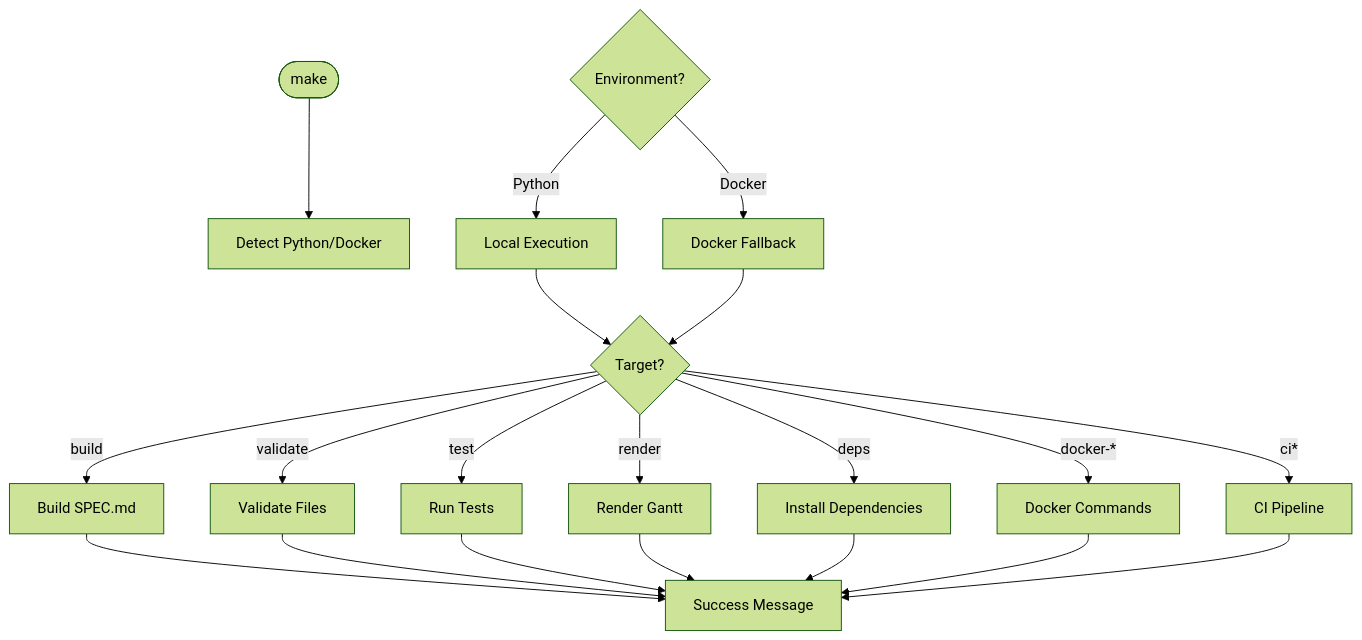
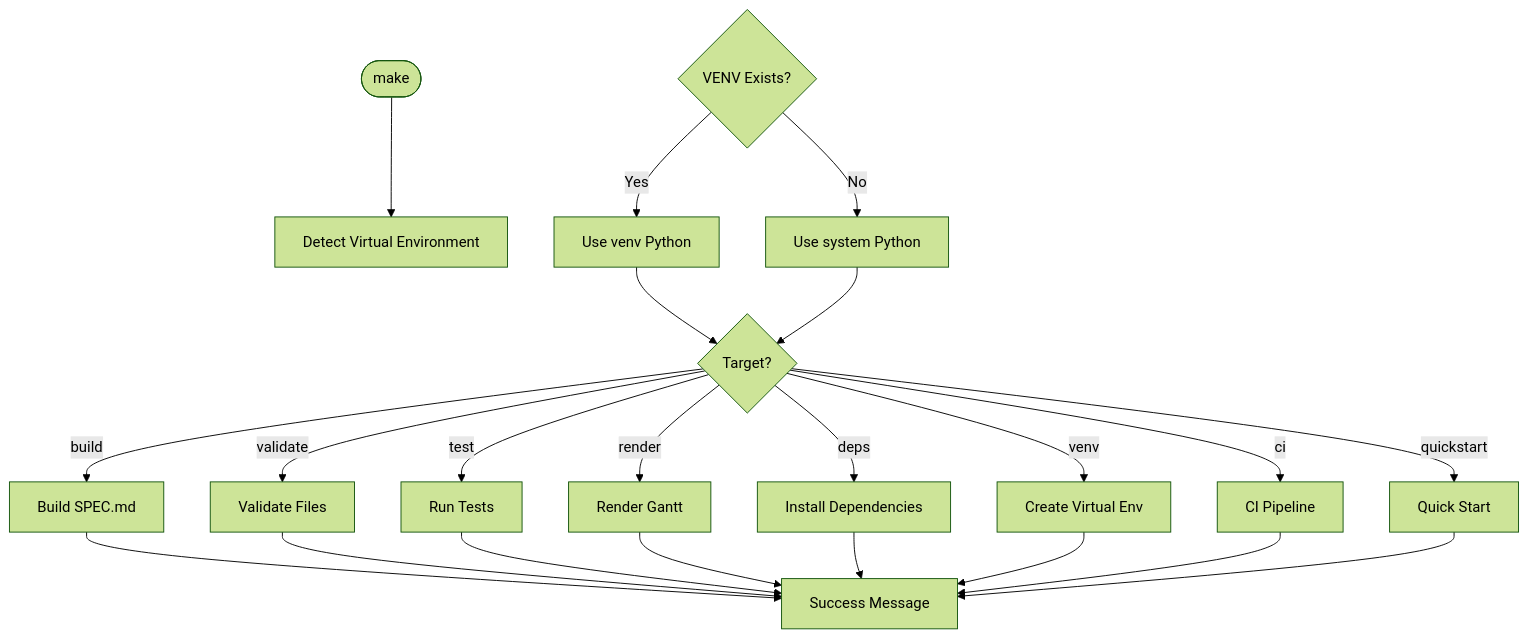
The third of 5 diagrams in .qoder/repowiki/en/content/Integration Guide/Workflow Automation.md (asukhodko/opskarta), drawn with Mermaid (forest theme) before and after one commit. The commit also changed other lines of this file and 6 other files, not shown here.

````diff
--- a/.qoder/repowiki/en/content/Integration Guide/Workflow Automation.md
+++ b/.qoder/repowiki/en/content/Integration Guide/Workflow Automation.md
@@ -269,23 +271,25 @@
 ```mermaid
 flowchart TD
-MK_START(["make"]) --> DETECT["Detect Python/Docker"]
-DET_ENV{"Environment?"}
-DET_ENV --> |Python| LOCAL["Local Execution"]
-DET_ENV --> |Docker| DOCKER["Docker Fallback"]
-LOCAL --> TARGET{"Target?"}
-DOCKER --> TARGET
+MK_START(["make"]) --> VENV_DETECT["Detect Virtual Environment"]
+VENV_CHECK{"VENV Exists?"}
+VENV_CHECK --> |Yes| USE_VENV["Use venv Python"]
+VENV_CHECK --> |No| SYS_PYTHON["Use system Python"]
+USE_VENV --> TARGET{"Target?"}
+SYS_PYTHON --> TARGET
 TARGET --> |build| BUILD["Build SPEC.md"]
 TARGET --> |validate| VALIDATE["Validate Files"]
 TARGET --> |test| TEST_RUN["Run Tests"]
 TARGET --> |render| RENDER["Render Gantt"]
 TARGET --> |deps| DEPS["Install Dependencies"]
-TARGET --> |docker-*| DCONT["Docker Commands"]
-TARGET --> |ci*| CI["CI Pipeline"]
+TARGET --> |venv| VENV["Create Virtual Env"]
+TARGET --> |ci| CI["CI Pipeline"]
+TARGET --> |quickstart| QUICK["Quick Start"]
 BUILD --> SUCCESS["Success Message"]
 VALIDATE --> SUCCESS
 TEST_RUN --> SUCCESS
 RENDER --> SUCCESS
 DEPS --> SUCCESS
-DCONT --> SUCCESS
+VENV --> SUCCESS
 CI --> SUCCESS
+QUICK --> SUCCESS
 ```
````
